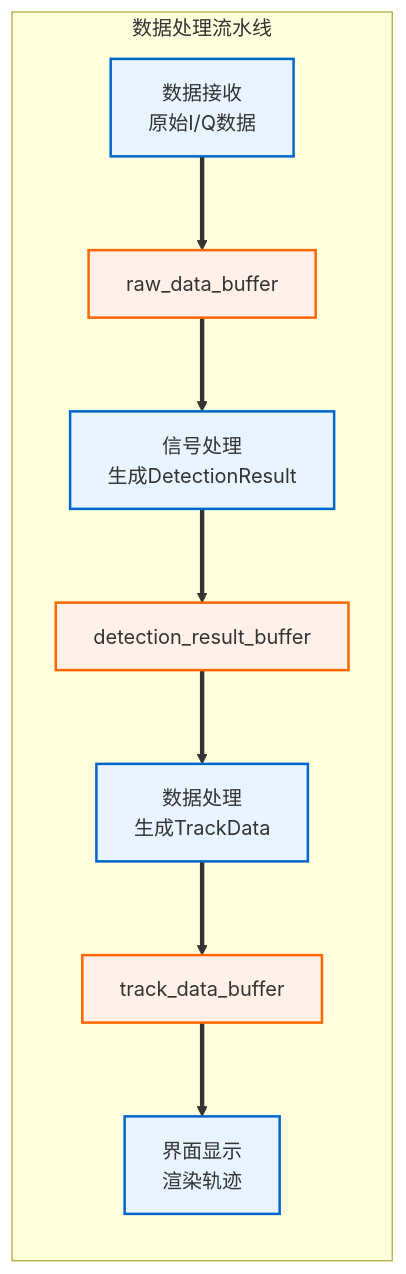
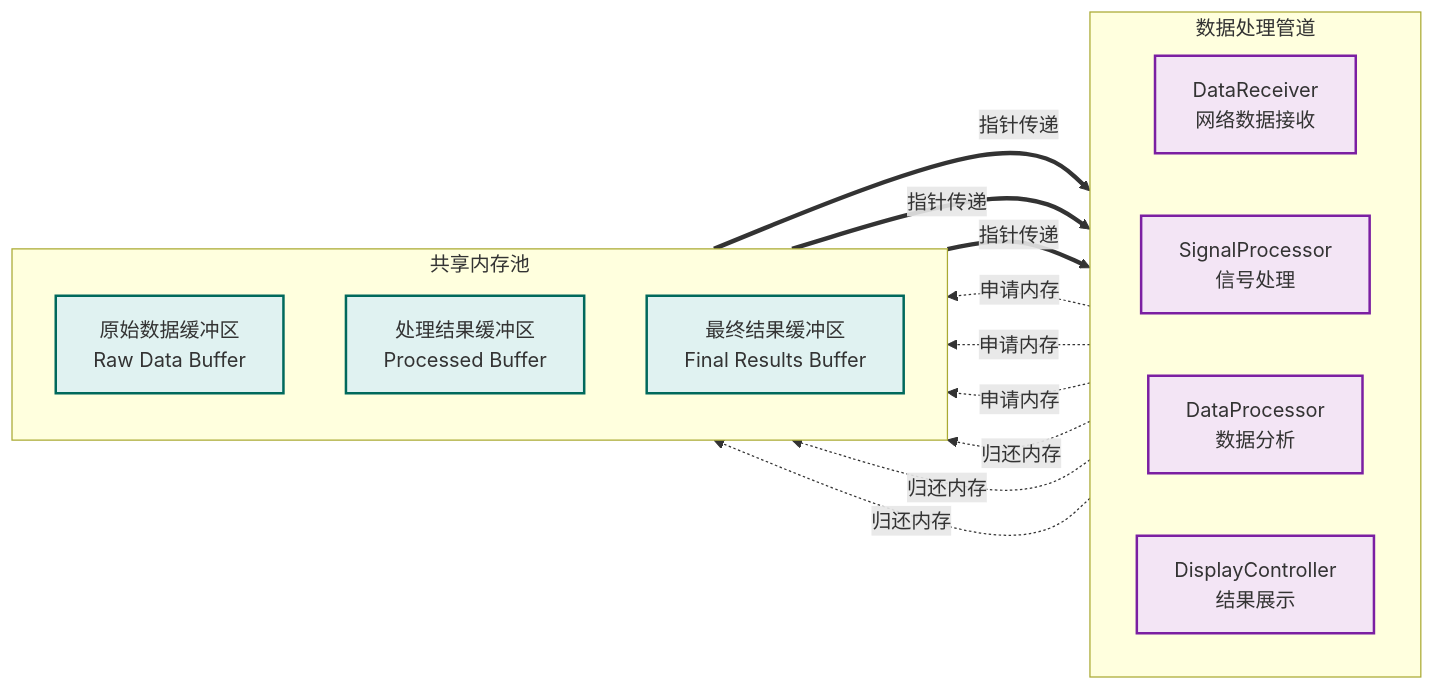
One commit to wendizhou99-cell/Radar changed the third of 15 diagrams in docs/01_项目设计/02_模块设计/99_模块集成策略.md. Above: the diagram before and after it, drawn with Mermaid. The commit also changed other lines of this file and 22 other files, not shown here.

````diff
--- a/docs/01_项目设计/02_模块设计/99_模块集成策略.md
+++ b/docs/01_项目设计/02_模块设计/99_模块集成策略.md
@@ -162,26 +238,34 @@
 ```mermaid
 flowchart LR
-    subgraph "数据处理流水线"
-        RECV[数据接收<br/>原始I/Q数据]
-        BUF1[raw_data_buffer]
-        SIGNAL[信号处理<br/>生成DetectionResult]
-        BUF2[detection_result_buffer]
-        DATA[数据处理<br/>生成TrackData]
-        BUF3[track_data_buffer]
-        DISPLAY[界面显示<br/>渲染轨迹]
+    subgraph "数据处理管道"
+        direction LR
+        RECV[DataReceiver<br/>网络数据接收]
+        PROC1[SignalProcessor<br/>信号处理]
+        PROC2[DataProcessor<br/>数据分析]
+        DISPLAY[DisplayController<br/>结果展示]
     end
 
-    %% 主数据流
-    RECV ==> BUF1
-    BUF1 ==> SIGNAL
-    SIGNAL ==> BUF2
-    BUF2 ==> DATA
-    DATA ==> BUF3
-    BUF3 ==> DISPLAY
+    subgraph "共享内存池"
+        direction TB
+        POOL1[原始数据缓冲区<br/>Raw Data Buffer]
+        POOL2[处理结果缓冲区<br/>Processed Buffer]
+        POOL3[最终结果缓冲区<br/>Final Results Buffer]
+    end
 
-    classDef processor fill:#e8f4ff,stroke:#0066cc,stroke-width:2px
-    classDef buffer fill:#fff0e8,stroke:#ff6600,stroke-width:2px
+    RECV -.申请内存.-> POOL1
+    POOL1 ==指针传递==> PROC1
+    PROC1 -.申请内存.-> POOL2
+    POOL2 ==指针传递==> PROC2
+    PROC2 -.申请内存.-> POOL3
+    POOL3 ==指针传递==> DISPLAY
 
-    class RECV,SIGNAL,DATA,DISPLAY processor
-    class BUF1,BUF2,BUF3 buffer
+    PROC1 -.归还内存.-> POOL1
+    PROC2 -.归还内存.-> POOL2
+    DISPLAY -.归还内存.-> POOL3
+
+    classDef processor fill:#f3e5f5,stroke:#7b1fa2,stroke-width:2px
+    classDef buffer fill:#e0f2f1,stroke:#00695c,stroke-width:2px
+
+    class RECV,PROC1,PROC2,DISPLAY processor
+    class POOL1,POOL2,POOL3 buffer
 ```
````
